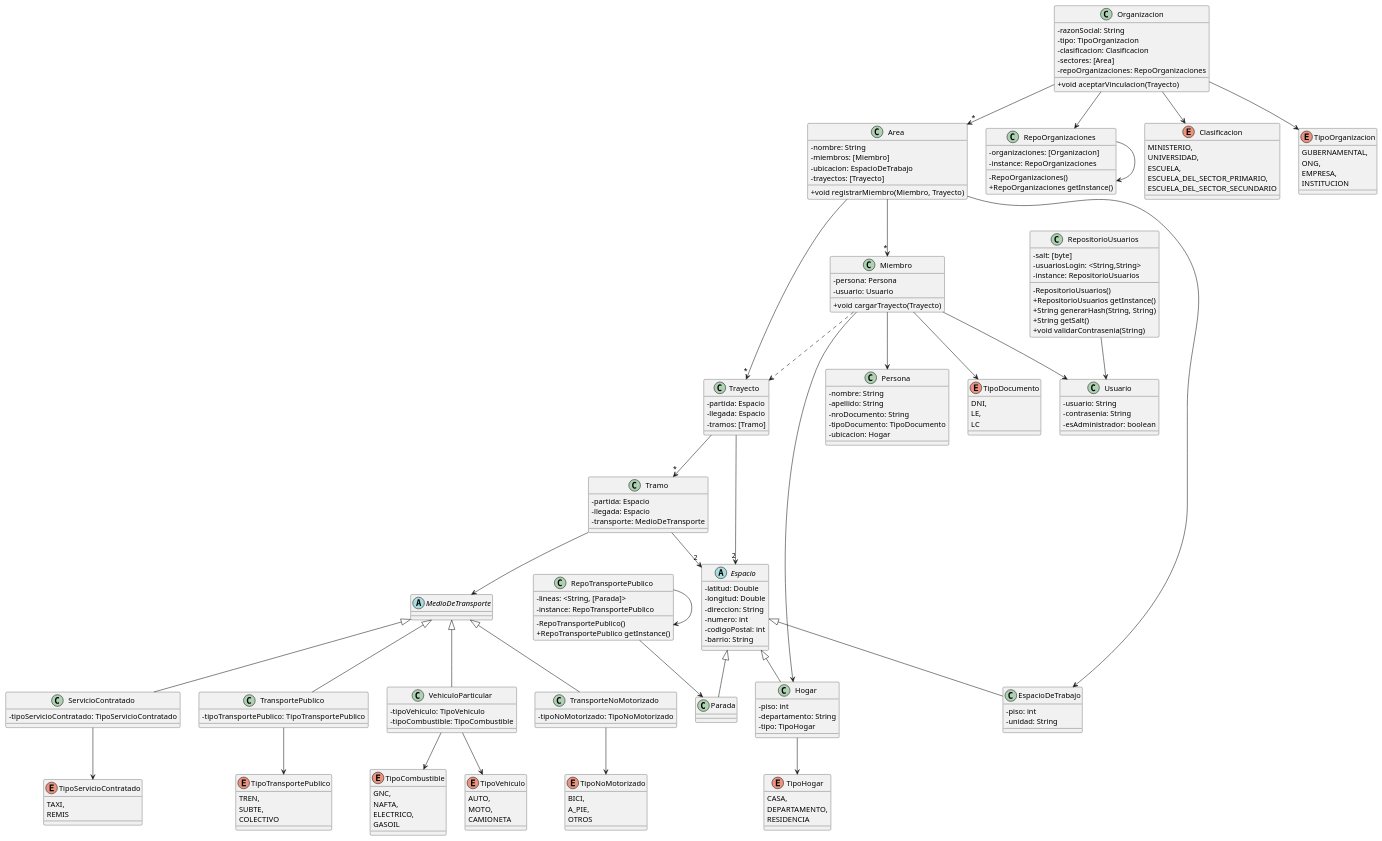
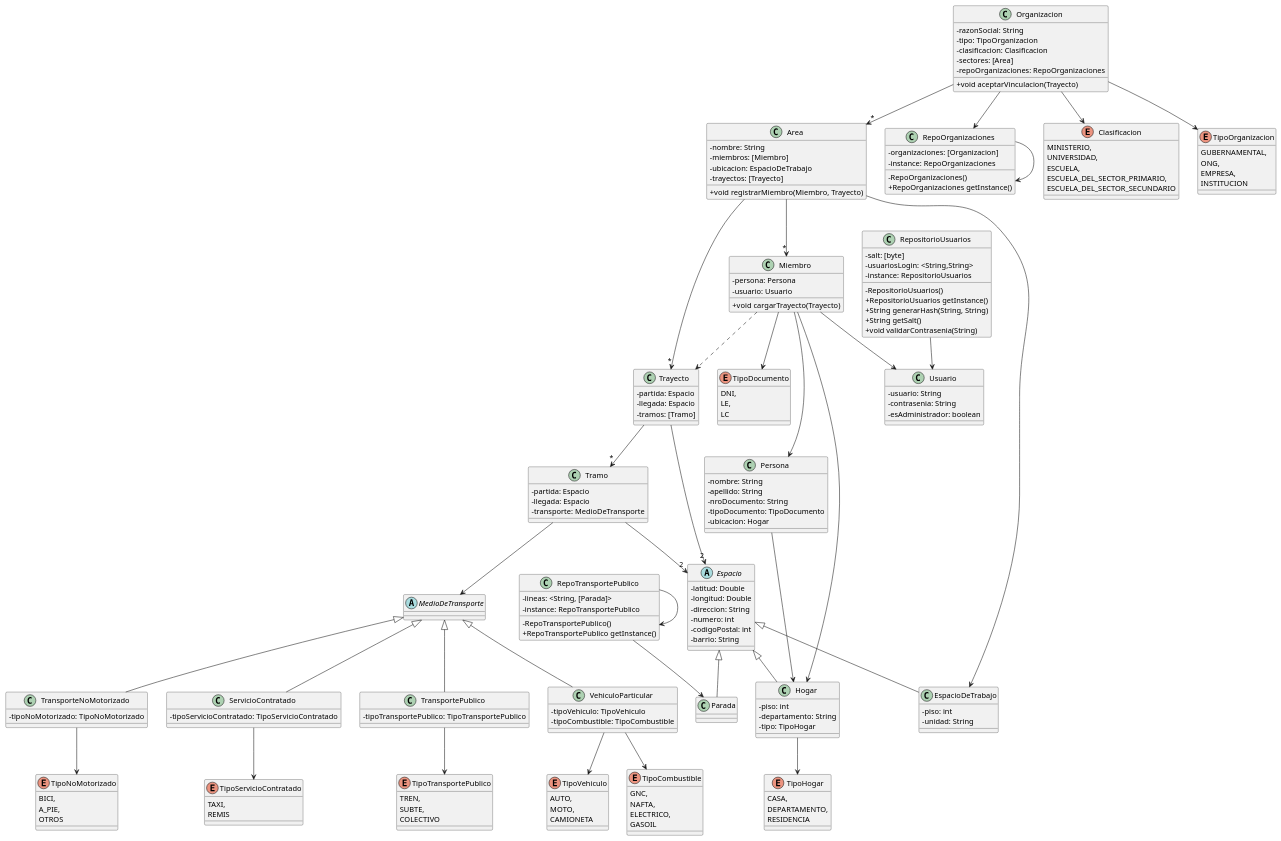
The diagram in src/ModeloDeDominio.puml (IgnacioG2000/TP-DDS), drawn with PlantUML before and after one commit.

Commit message:
Otra modificacion xD

```diff
--- a/src/ModeloDeDominio.puml
+++ b/src/ModeloDeDominio.puml
@@ -224,4 +224,6 @@
 
 Miembro --> Persona
 
+Persona --> Hogar
+
 @enduml
```
